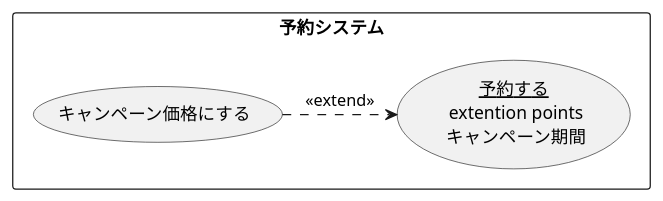
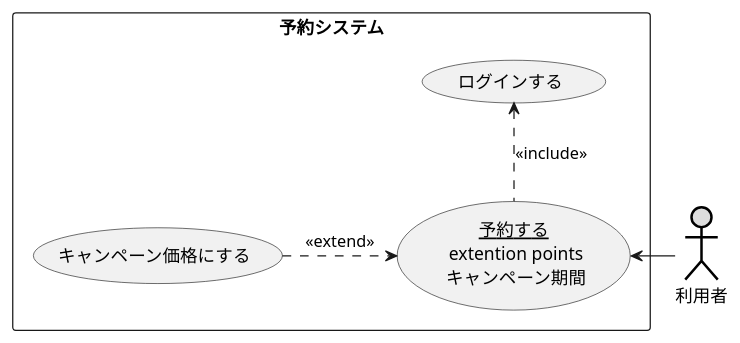
One commit to chibachibaibu2003/laughing-carnival changed the diagram in 2/演習2-4_キャンペーン中のホテル宿泊予約.pu. Above: the diagram before and after it, drawn with PlantUML. The commit also changed 4 other files, not shown here.

```diff
--- a/2/演習2-4_キャンペーン中のホテル宿泊予約.pu
+++ b/2/演習2-4_キャンペーン中のホテル宿泊予約.pu
@@ -1,7 +1,11 @@
 @startuml ユースケース図
+    actor 利用者#DDDDDD;line:black;line.bold;
     rectangle 予約システム{
         usecase (キャンペーン価格にする) as text
+        usecase ログインする
         usecase (<u>予約する</u>\n extention points\n キャンペーン期間)  as text1
     }
     text .> (text1) : <<extend>>
+    ログインする<.. text1 : <<include>>
+    利用者->text1
 @enduml
```
